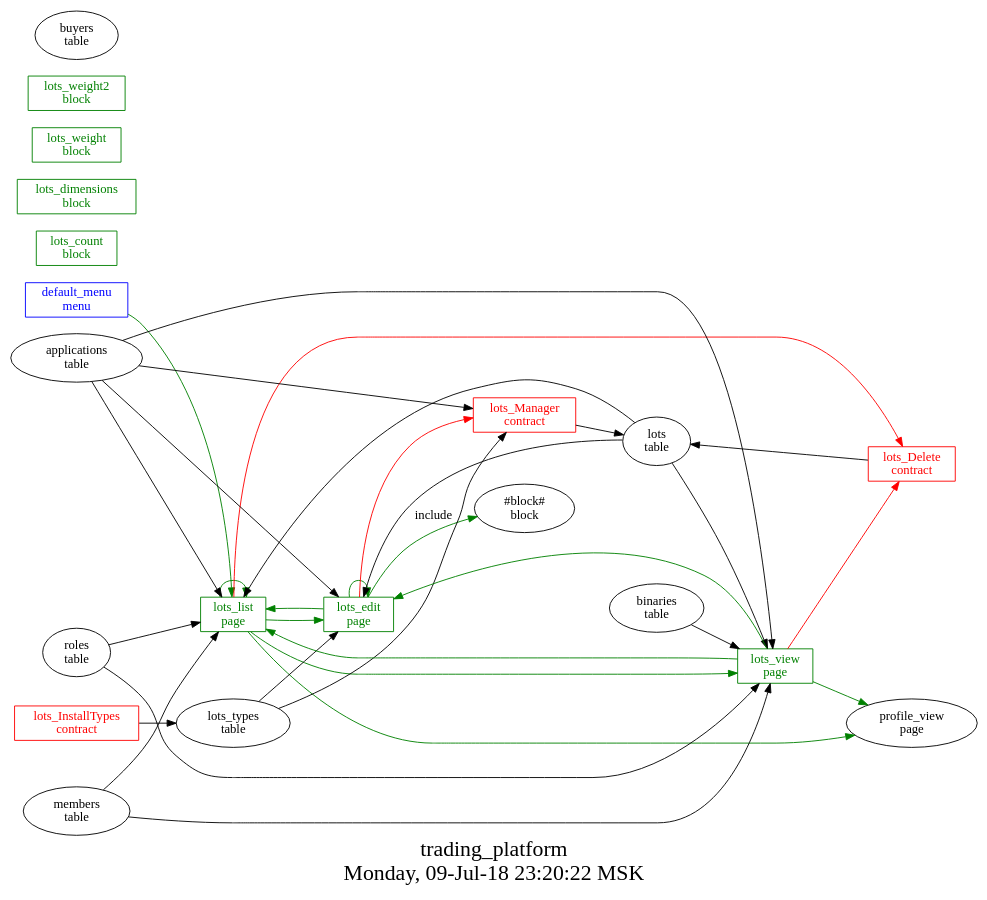
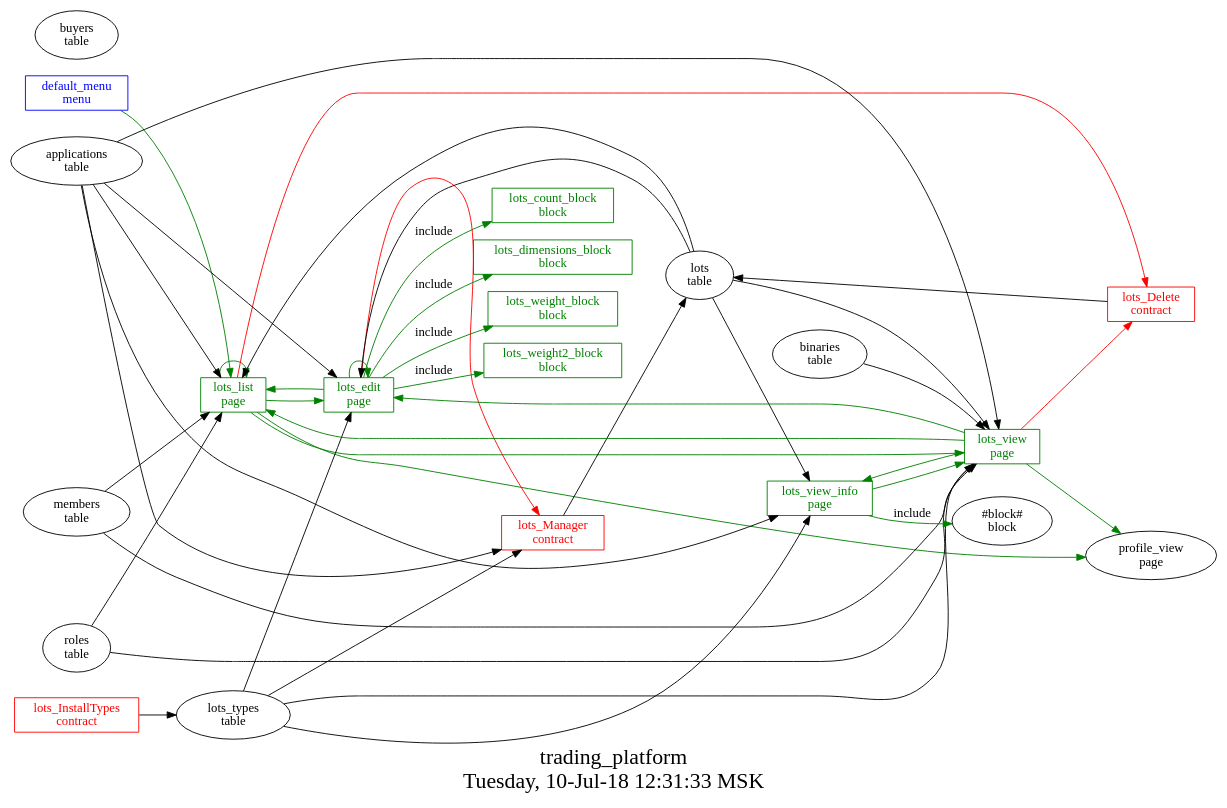
Before and after one commit to AplaProject/apps: the diagram in src/trading_platform/struct.dot, drawn with Graphviz. The commit also changed 48 other files, not shown here.

Commit message:
kostyled: langres, include blocks

```diff
--- a/src/trading_platform/struct.dot
+++ b/src/trading_platform/struct.dot
@@ -1,55 +1,66 @@
 digraph G {
 graph [
   fontsize="24";
-  label="trading_platform\nMonday, 09-Jul-18 23:20:22 MSK";
+  label="trading_platform\nTuesday, 10-Jul-18 12:31:33 MSK";
   nojustify=true;
   ordering=out;
   rankdir=LR;
   size="30";
 ];
 "default_menu\nmenu" -> "lots_list\npage"  [ color=green ]
 "default_menu\nmenu" [color=blue, fontcolor=blue, group=menus, shape=record];
 "lots_edit\npage" -> "lots_Manager\ncontract"  [ color=red ]
 "applications\ntable" -> "lots_edit\npage"
 "lots\ntable" -> "lots_edit\npage"
 "lots_types\ntable" -> "lots_edit\npage"
 "lots_edit\npage" -> "lots_list\npage"  [ color=green ]
 "lots_edit\npage" -> "lots_edit\npage"  [ color=green ]
-"lots_edit\npage" -> "#block#\nblock"  [ color=green, label=include ]
+"lots_edit\npage" -> "lots_count_block\nblock"  [ color=green, label=include ]
+"lots_edit\npage" -> "lots_dimensions_block\nblock"  [ color=green, label=include ]
+"lots_edit\npage" -> "lots_weight_block\nblock"  [ color=green, label=include ]
+"lots_edit\npage" -> "lots_weight2_block\nblock"  [ color=green, label=include ]
 "lots_edit\npage" [color=green, fontcolor=green, group=pages, shape=record];
 "lots_list\npage" -> "lots_Delete\ncontract"  [ color=red ]
 "applications\ntable" -> "lots_list\npage"
 "roles\ntable" -> "lots_list\npage"
 "lots\ntable" -> "lots_list\npage"
 "members\ntable" -> "lots_list\npage"
 "lots_list\npage" -> "lots_edit\npage"  [ color=green ]
 "lots_list\npage" -> "lots_list\npage"  [ color=green ]
 "lots_list\npage" -> "lots_view\npage"  [ color=green ]
 "lots_list\npage" -> "profile_view\npage"  [ color=green ]
 "lots_list\npage" [color=green, fontcolor=green, group=pages, shape=record];
 "lots_view\npage" -> "lots_Delete\ncontract"  [ color=red ]
 "applications\ntable" -> "lots_view\npage"
 "lots\ntable" -> "lots_view\npage"
+"lots_types\ntable" -> "lots_view\npage"
 "roles\ntable" -> "lots_view\npage"
 "members\ntable" -> "lots_view\npage"
 "binaries\ntable" -> "lots_view\npage"
 "lots_view\npage" -> "profile_view\npage"  [ color=green ]
+"lots_view\npage" -> "lots_view_info\npage"  [ color=green ]
 "lots_view\npage" -> "lots_list\npage"  [ color=green ]
 "lots_view\npage" -> "lots_edit\npage"  [ color=green ]
 "lots_view\npage" [color=green, fontcolor=green, group=pages, shape=record];
-"lots_count\nblock" [color=green, fontcolor=green, group=blocks, shape=record];
-"lots_dimensions\nblock" [color=green, fontcolor=green, group=blocks, shape=record];
-"lots_weight\nblock" [color=green, fontcolor=green, group=blocks, shape=record];
-"lots_weight2\nblock" [color=green, fontcolor=green, group=blocks, shape=record];
+"applications\ntable" -> "lots_view_info\npage"
+"lots\ntable" -> "lots_view_info\npage"
+"lots_types\ntable" -> "lots_view_info\npage"
+"lots_view_info\npage" -> "lots_view\npage"  [ color=green ]
+"lots_view_info\npage" -> "#block#\nblock"  [ color=green, label=include ]
+"lots_view_info\npage" [color=green, fontcolor=green, group=pages, shape=record];
+"lots_count_block\nblock" [color=green, fontcolor=green, group=blocks, shape=record];
+"lots_dimensions_block\nblock" [color=green, fontcolor=green, group=blocks, shape=record];
+"lots_weight2_block\nblock" [color=green, fontcolor=green, group=blocks, shape=record];
+"lots_weight_block\nblock" [color=green, fontcolor=green, group=blocks, shape=record];
 "lots_Delete\ncontract" -> "lots\ntable"  [ color="" ]
 "lots_Delete\ncontract" [color=red, fontcolor=red, group=contracts, shape=record];
 "lots_InstallTypes\ncontract" -> "lots_types\ntable"  [ color="" ]
 "lots_InstallTypes\ncontract" [color=red, fontcolor=red, group=contracts, shape=record];
 "lots_Manager\ncontract" -> "lots\ntable"  [ color="" ]
 "lots_types\ntable" -> "lots_Manager\ncontract"
 "applications\ntable" -> "lots_Manager\ncontract"
 "lots_Manager\ncontract" [color=red, fontcolor=red, group=contracts, shape=record];
 "buyers\ntable" [color="", fontcolor="", group=tables, shape=""];
 "lots\ntable" [color="", fontcolor="", group=tables, shape=""];
 "lots_types\ntable" [color="", fontcolor="", group=tables, shape=""];
 }
```
